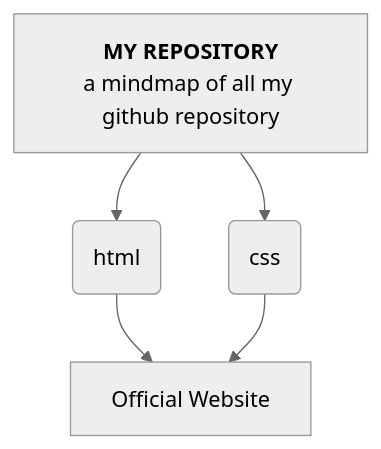
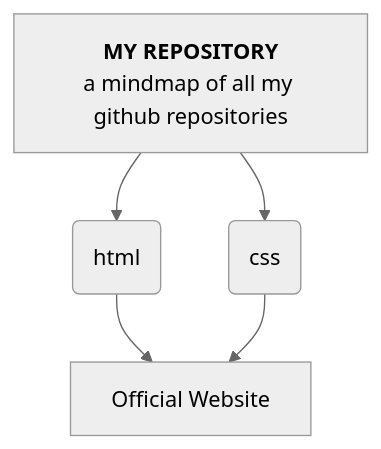
Before and after one commit to ABHIJEETH-V-N/ABHIJEETH-V-N: the diagram in README.md, drawn with Mermaid (neutral theme).

````diff
--- a/README.md
+++ b/README.md
@@ -7,10 +7,10 @@
 ```mermaid
 %%{init: {"flowchart": {"htmlLabels": false}} }%%
 flowchart TD
 markdown["`**MY REPOSITORY**
-a mindmap of all my github repository`"]    
+a mindmap of all my github repositories`"]    
 markdown -->A(html)
 markdown-->B(css)
 A-->re1[Official Website]
 B-->re1
 ```
````
